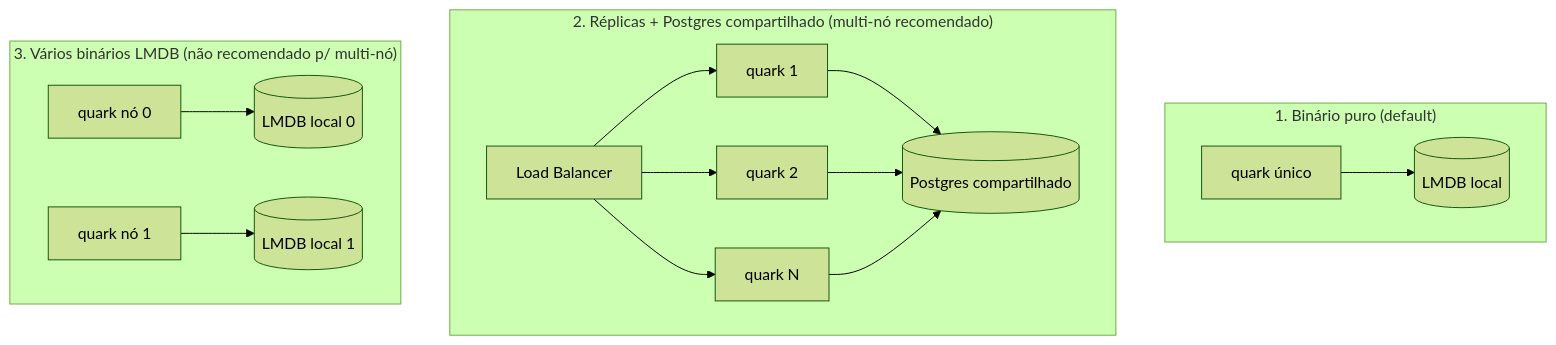
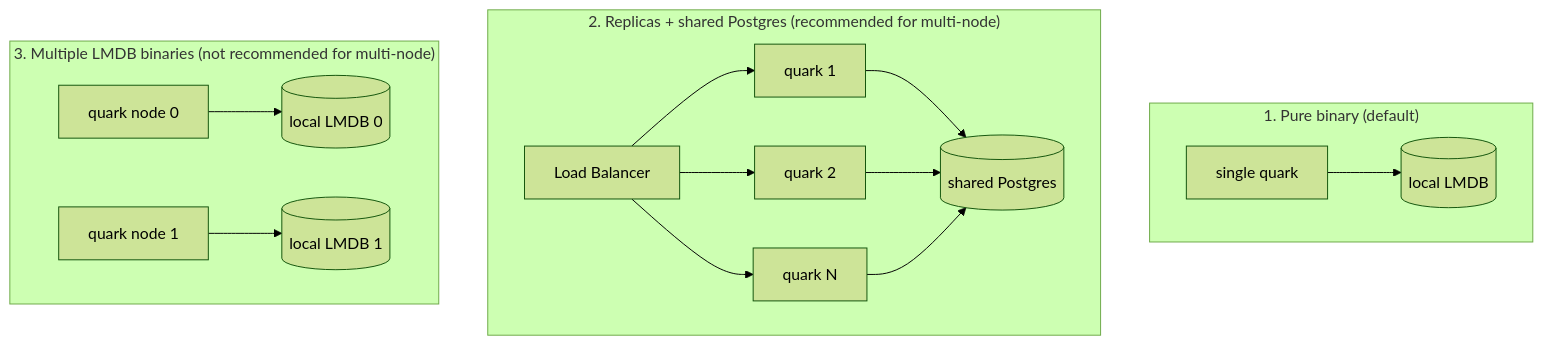
The diagram in docs/SCALING.md (lucasolopes/quark), drawn with Mermaid (forest theme) before and after one commit. The commit also changed other lines of this file and 15 other files, not shown here.

````diff
--- a/docs/SCALING.md
+++ b/docs/SCALING.md
@@ -8,18 +11,18 @@
 ```mermaid
 flowchart TB
-    subgraph F1["1. Binário puro (default)"]
-        A1[quark único] --> L1[(LMDB local)]
+    subgraph F1["1. Pure binary (default)"]
+        A1[single quark] --> L1[(local LMDB)]
     end
-    subgraph F2["2. Réplicas + Postgres compartilhado (multi-nó recomendado)"]
+    subgraph F2["2. Replicas + shared Postgres (recommended for multi-node)"]
         LB[Load Balancer] --> R1[quark 1]
         LB --> R2[quark 2]
         LB --> R3[quark N]
-        R1 --> PG[(Postgres compartilhado)]
+        R1 --> PG[(shared Postgres)]
         R2 --> PG
         R3 --> PG
     end
-    subgraph F3["3. Vários binários LMDB (não recomendado p/ multi-nó)"]
-        N1[quark nó 0] --> D1[(LMDB local 0)]
-        N2[quark nó 1] --> D2[(LMDB local 1)]
+    subgraph F3["3. Multiple LMDB binaries (not recommended for multi-node)"]
+        N1[quark node 0] --> D1[(local LMDB 0)]
+        N2[quark node 1] --> D2[(local LMDB 1)]
     end
 ```
````
